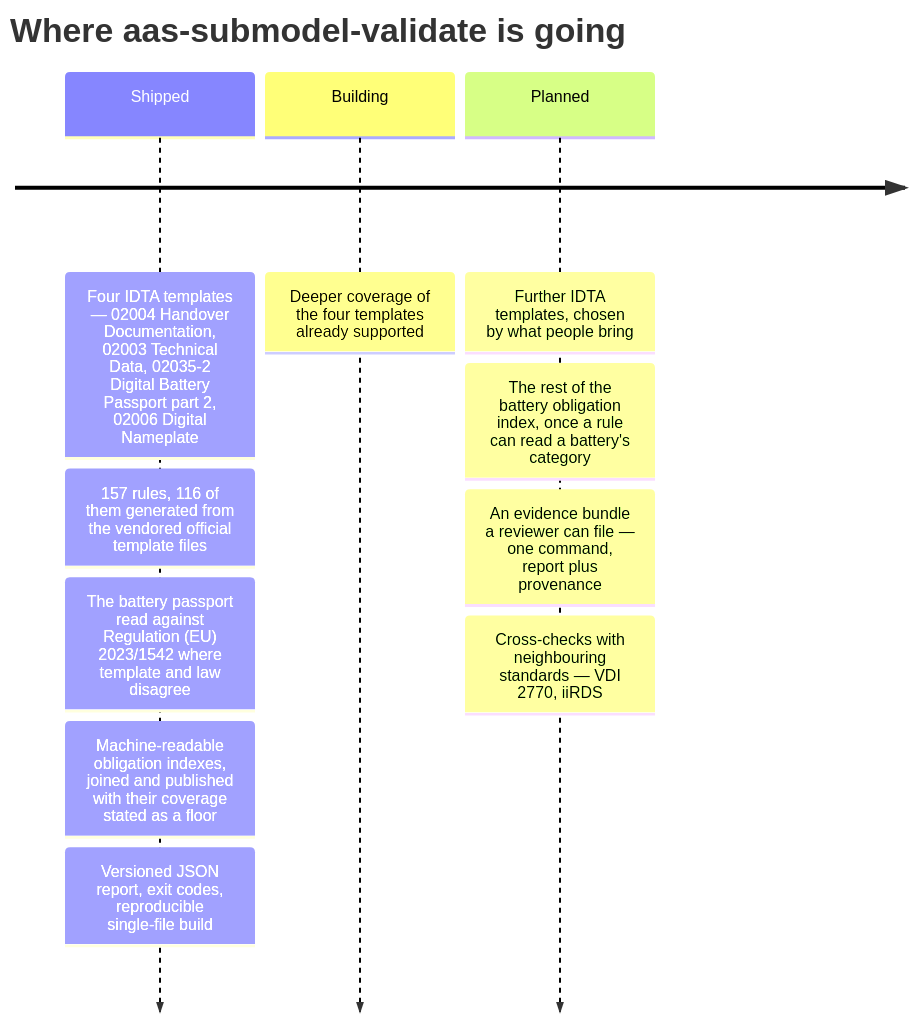
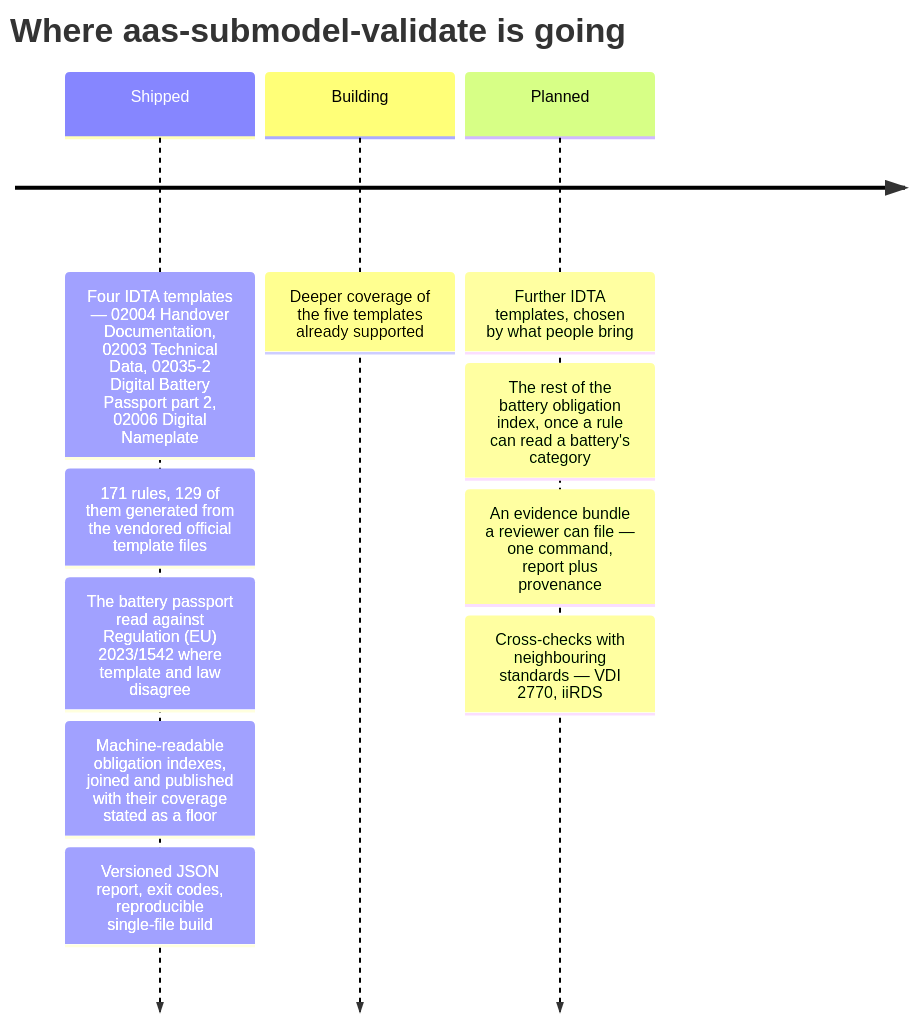
The second of 2 diagrams in README.md (dev365code/aas-submodel-validate), drawn with Mermaid before and after one commit. The commit also changed other lines of this file and 16 other files, not shown here.

````diff
--- a/README.md
+++ b/README.md
@@ -267,14 +267,14 @@
 ```mermaid
 timeline
     title Where aas-submodel-validate is going
     Shipped : Four IDTA templates — 02004 Handover Documentation, 02003 Technical Data, 02035-2 Digital Battery Passport part 2, 02006 Digital Nameplate
-            : 157 rules, 116 of them generated from the vendored official template files
+            : 171 rules, 129 of them generated from the vendored official template files
             : The battery passport read against Regulation (EU) 2023/1542 where template and law disagree
             : Machine-readable obligation indexes, joined and published with their coverage stated as a floor
             : Versioned JSON report, exit codes, reproducible single-file build
-    Building : Deeper coverage of the four templates already supported
+    Building : Deeper coverage of the five templates already supported
     Planned : Further IDTA templates, chosen by what people bring
             : The rest of the battery obligation index, once a rule can read a battery's category
             : An evidence bundle a reviewer can file — one command, report plus provenance
             : Cross-checks with neighbouring standards — VDI 2770, iiRDS
 ```
````
